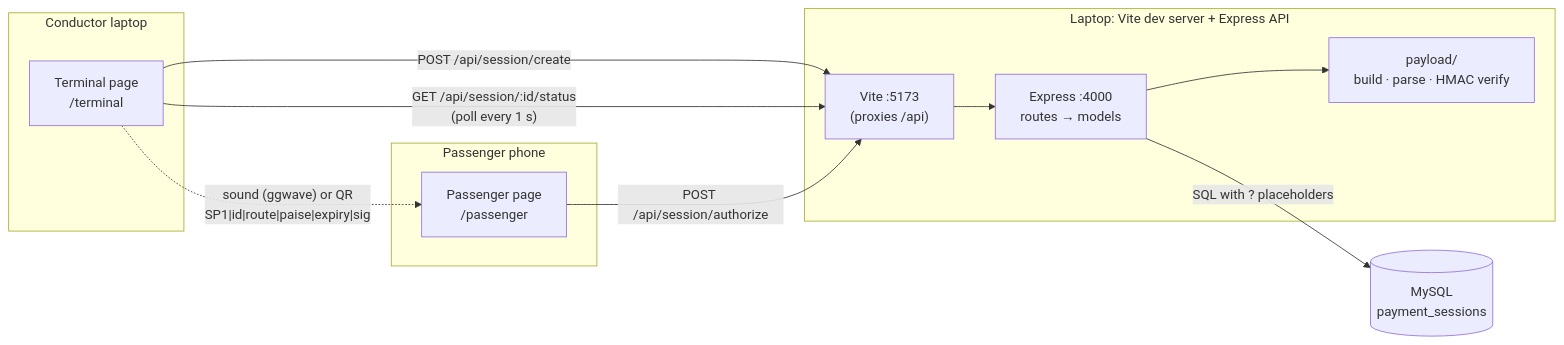
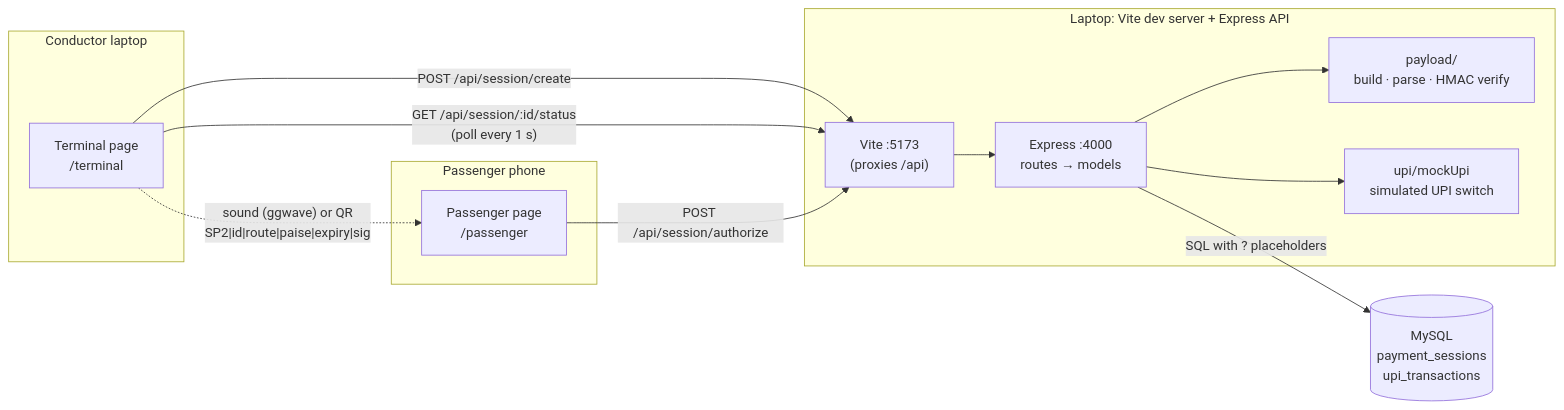
Before and after one commit to akash-chandran-3/soundpay: the first of 4 diagrams in README.md, drawn with Mermaid. The commit also changed other lines of this file and 23 other files, not shown here.

Commit message:
Simulated UPI transfer, shorter SP2 payload, 44.1 kHz decode fix

````diff
--- a/README.md
+++ b/README.md
@@ -25,23 +27,25 @@
 ```mermaid
 flowchart LR
     subgraph Laptop["Conductor laptop"]
         T["Terminal page<br/>/terminal"]
     end
     subgraph Phone["Passenger phone"]
         P["Passenger page<br/>/passenger"]
     end
     subgraph Server["Laptop: Vite dev server + Express API"]
         V["Vite :5173<br/>(proxies /api)"]
         A["Express :4000<br/>routes → models"]
         PL["payload/<br/>build · parse · HMAC verify"]
+        U["upi/mockUpi<br/>simulated UPI switch"]
     end
-    DB[("MySQL<br/>payment_sessions")]
+    DB[("MySQL<br/>payment_sessions<br/>upi_transactions")]
 
     T -- "POST /api/session/create" --> V
     T -- "GET /api/session/:id/status<br/>(poll every 1 s)" --> V
     P -- "POST /api/session/authorize" --> V
     V --> A
     A --> PL
+    A --> U
     A -- "SQL with ? placeholders" --> DB
-    T -. "sound (ggwave) or QR<br/>SP1|id|route|paise|expiry|sig" .-> P
+    T -. "sound (ggwave) or QR<br/>SP2|id|route|paise|expiry|sig" .-> P
 ```
````
